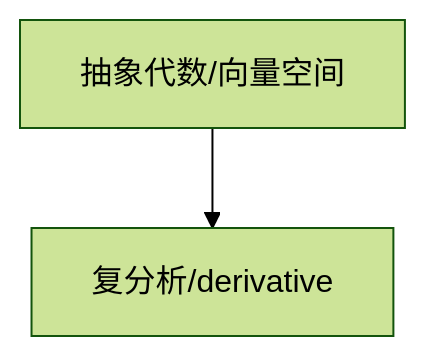
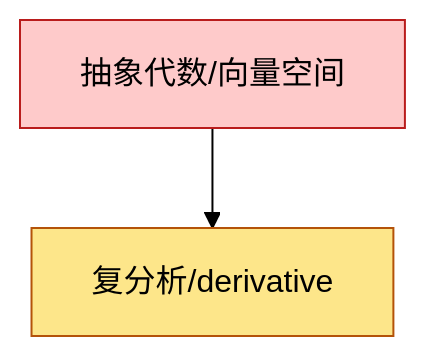
One commit to zeroDtree/zeroDtree.github.io changed the diagram in content/复分析/dependency_graph.md. Above: the diagram before and after it, drawn with Mermaid (forest theme). The commit also changed 16 other files, not shown here.

````diff
--- a/content/复分析/dependency_graph.md
+++ b/content/复分析/dependency_graph.md
@@ -1,4 +1,10 @@
 ```mermaid
 graph TD
 1["抽象代数/向量空间"] --> 0["复分析/derivative"]
+classDef leaf fill:#fde68a,stroke:#b45309
+class 0 leaf
+classDef root fill:#bfdbfe,stroke:#1d4ed8
+class 2 root
+classDef externalRoot fill:#fecaca,stroke:#b91c1c
+class 1 externalRoot
 ```
````
